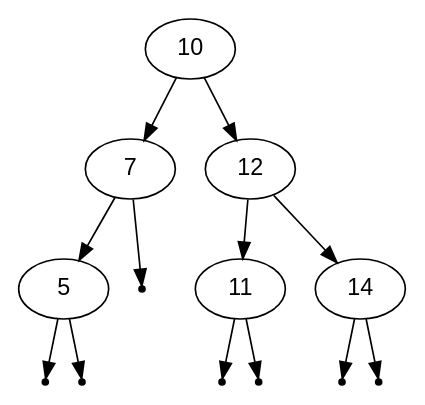
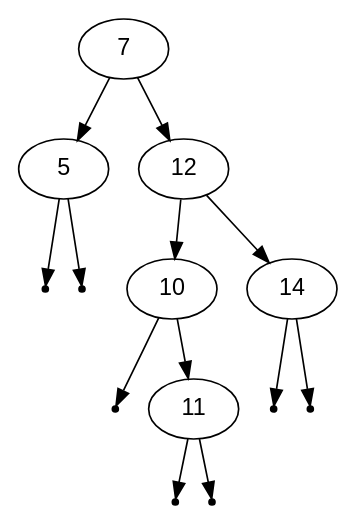
One commit to lukashecke/AVLTree changed the diagram in DotFiles/LeftRightRotTest01.dot. Above: the diagram before and after it, drawn with Graphviz. The commit also changed 9 other files, not shown here.

```diff
--- a/DotFiles/LeftRightRotTest01.dot
+++ b/DotFiles/LeftRightRotTest01.dot
@@ -1,22 +1,22 @@
 digraph BST {
     node [fontname="Arial"];
-    "10"-> "7";
     "7"-> "5";
     null0 [shape=point];
     "5"-> null0;
     null1 [shape=point];
     "5"-> null1;
+    "7"-> "12";
+    "12"-> "10";
     null2 [shape=point];
-    "7"-> null2;
-    "10"-> "12";
-    "12"-> "11";
+    "10"-> null2;
+    "10"-> "11";
     null3 [shape=point];
     "11"-> null3;
     null4 [shape=point];
     "11"-> null4;
     "12"-> "14";
     null5 [shape=point];
     "14"-> null5;
     null6 [shape=point];
     "14"-> null6;
 }
```
